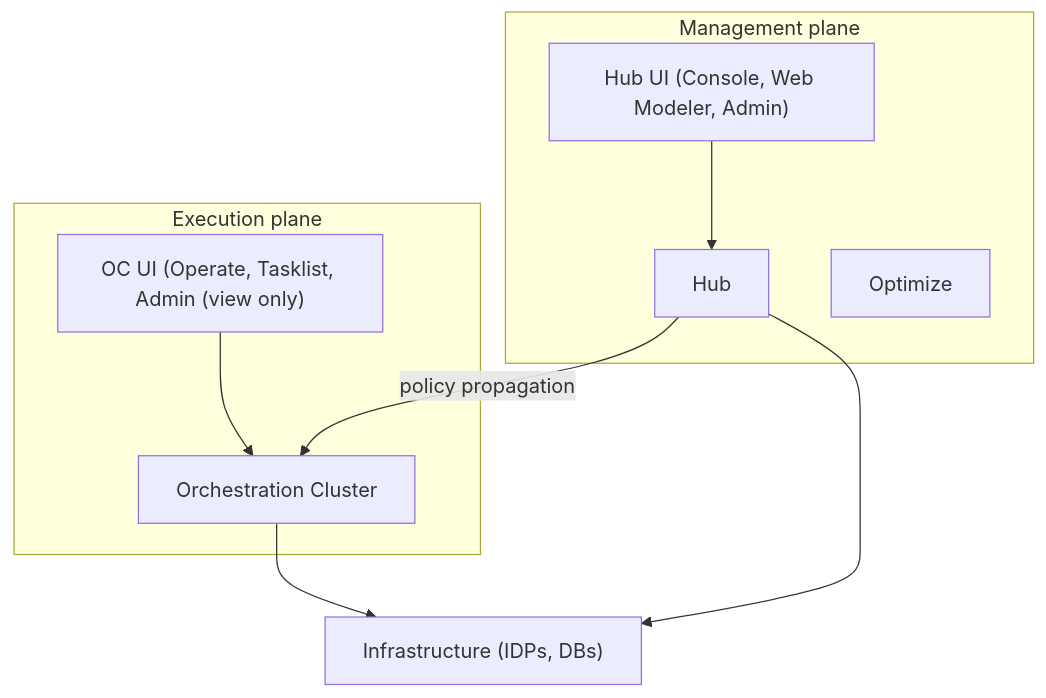
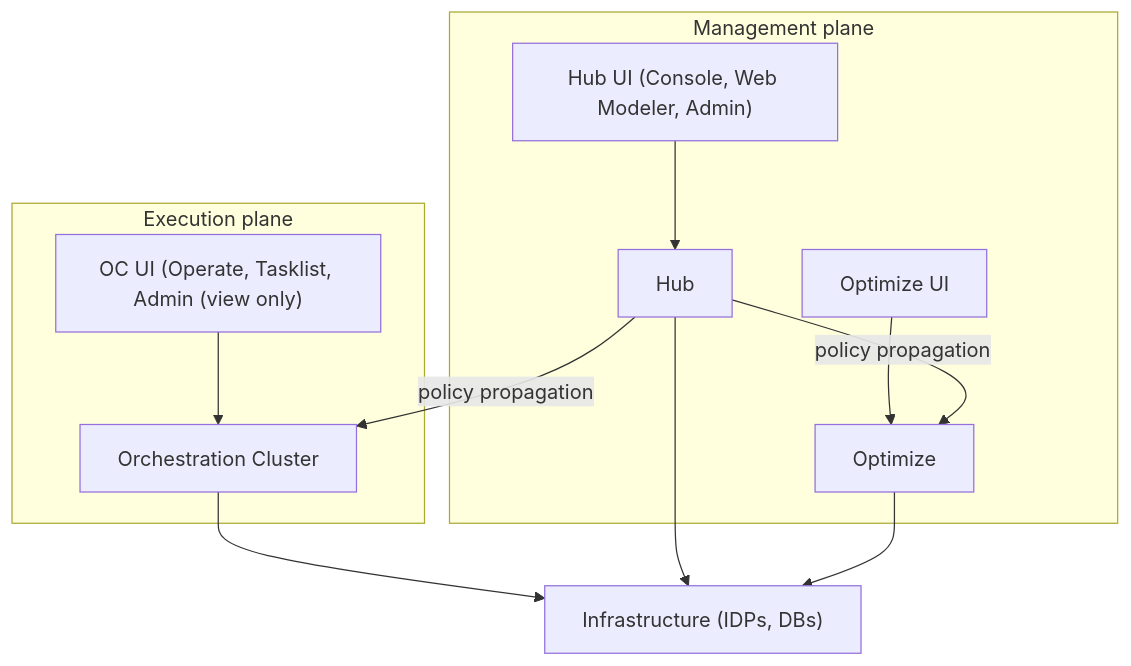
The third of 23 diagrams in docs/architecture_docs.md (camunda/camunda-security-library), drawn with Mermaid before and after one commit. The commit also changed other lines of this file, not shown here.

First line of the commit message:
docs: update deployment modes and policy distribution for Optimize

````diff
--- a/docs/architecture_docs.md
+++ b/docs/architecture_docs.md
@@ -390,25 +390,28 @@
 ```mermaid
 flowchart TB
 
   subgraph Mgmt["Management plane"]
     HubUi["Hub UI (Console, Web Modeler, Admin)"] 
     Hub["Hub"] 
-    
+    OptUi["Optimize UI"]
+    Optimize["Optimize"] 
     HubUi --> Hub
-    Optimize["Optimize"]
+    OptUi --> Optimize
   end
 
   subgraph Execution["Execution plane"]
     OcUi["OC UI (Operate, Tasklist, Admin (view only)"]
 
     OC["Orchestration Cluster"]
 
     OcUi --> OC
   end
 
   Infra["Infrastructure (IDPs, DBs)"]
 
   Hub -->|"policy propagation"| OC
+  Hub -->|"policy propagation"| Optimize
   OC --> Infra
   Hub --> Infra
+  Optimize --> Infra
 ```
````
